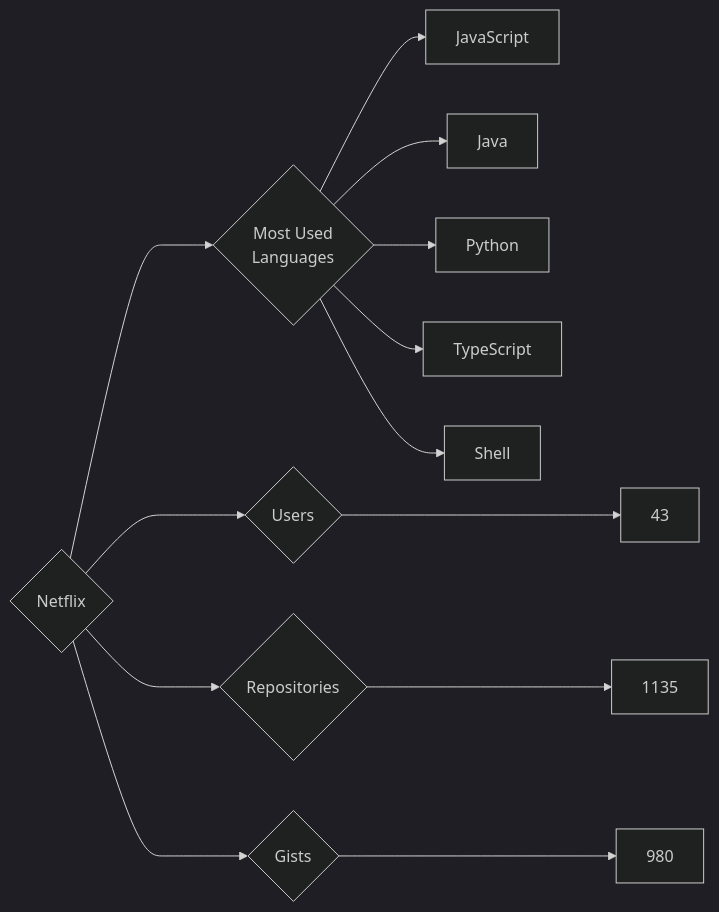
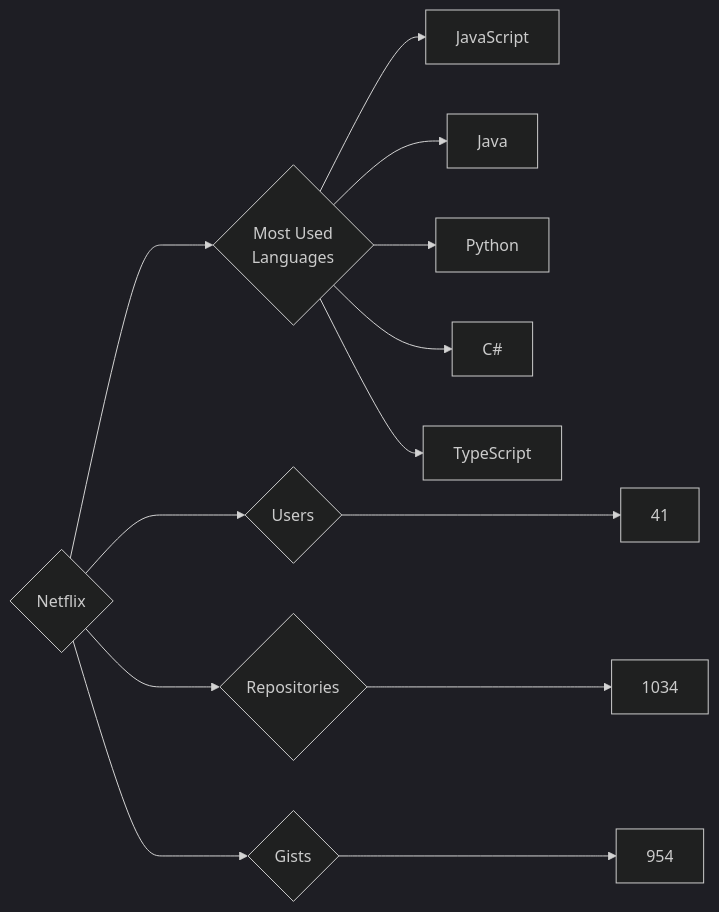
Before and after one commit to trickest/insiders: the diagram in targets/Netflix/README.md, drawn with Mermaid (dark theme). The commit also changed 1011 other files, not shown here.

````diff
--- a/targets/Netflix/README.md
+++ b/targets/Netflix/README.md
@@ -3,13 +3,13 @@
 ```mermaid
 graph LR
 COMPANY_NAME{Netflix}
-COMPANY_NAME ---> U{Users} ---> UN[43]
-COMPANY_NAME ---> R{Repositories} ---> RN[1135]
-COMPANY_NAME ---> G{Gists} ---> GN[980]
+COMPANY_NAME ---> U{Users} ---> UN[41]
+COMPANY_NAME ---> R{Repositories} ---> RN[1034]
+COMPANY_NAME ---> G{Gists} ---> GN[954]
 COMPANY_NAME ---> ML{Most Used<br>Languages}
 ML --> JavaScript[JavaScript]
 ML --> Java[Java]
 ML --> Python[Python]
+ML --> C#[C#]
 ML --> TypeScript[TypeScript]
-ML --> Shell[Shell]
 ```
````
